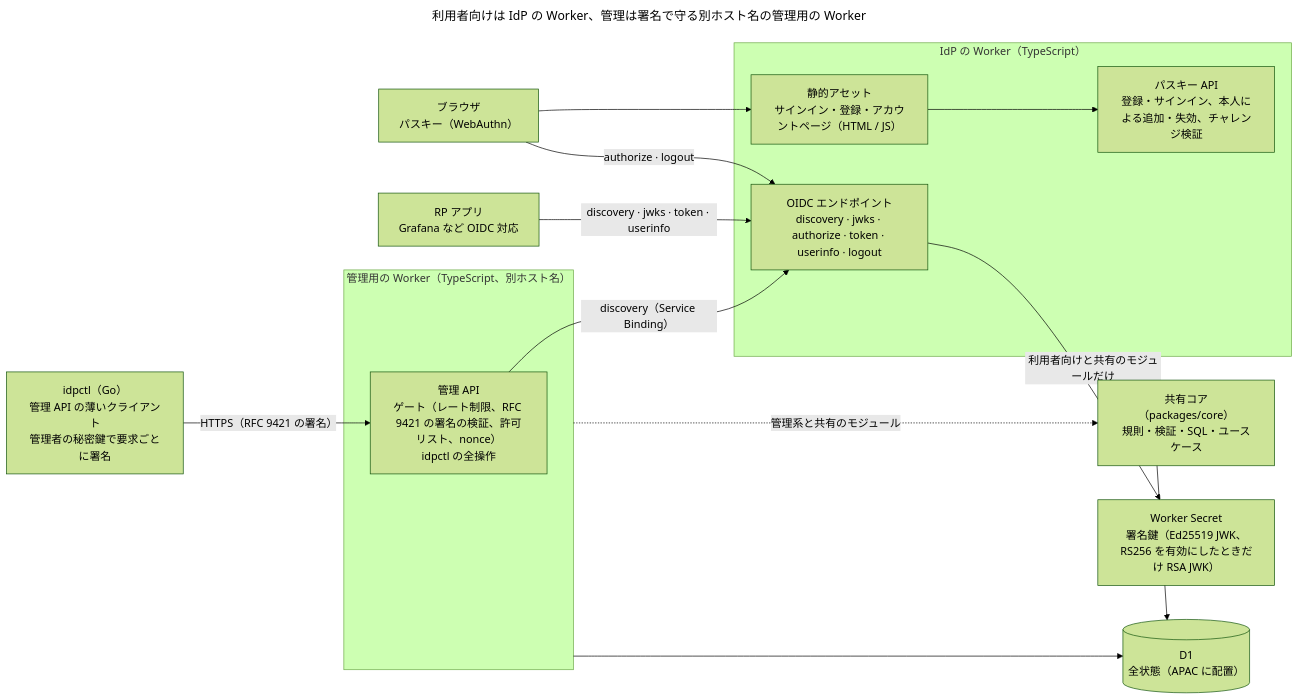
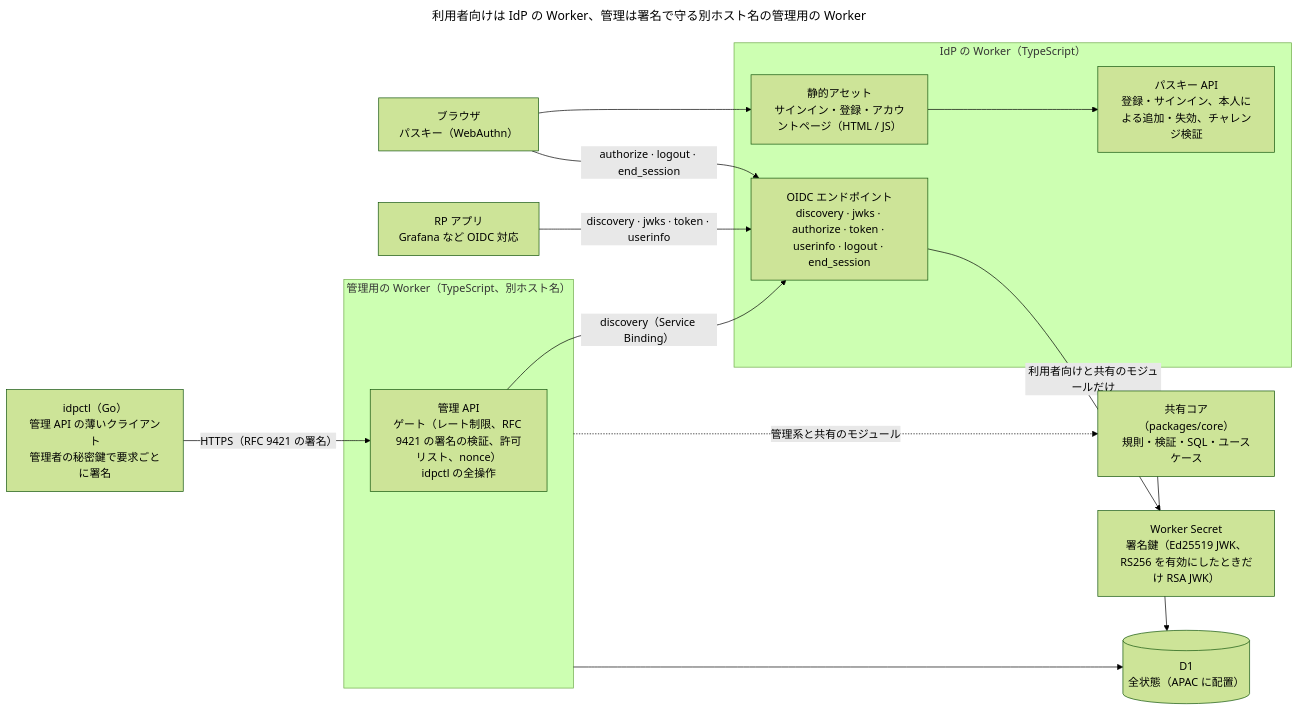
One commit to OJILab-dev/idp changed the diagram in docs/design/README.md. Above: the diagram before and after it, drawn with Mermaid (forest theme). The commit also changed other lines of this file and 49 other files, not shown here.

````diff
--- a/docs/design/README.md
+++ b/docs/design/README.md
@@ -37,36 +37,36 @@
 ```mermaid
 ---
 title: 利用者向けは IdP の Worker、管理は署名で守る別ホスト名の管理用の Worker
 ---
 flowchart LR
   browser["ブラウザ<br/>パスキー（WebAuthn）"]
   rp["RP アプリ<br/>Grafana など OIDC 対応"]
 
   subgraph worker["IdP の Worker（TypeScript）"]
-    oidc["OIDC エンドポイント<br/>discovery · jwks · authorize · token · userinfo · logout"]
+    oidc["OIDC エンドポイント<br/>discovery · jwks · authorize · token · userinfo · logout · end_session"]
     static["静的アセット<br/>サインイン・登録・アカウントページ（HTML / JS）"]
     passkey["パスキー API<br/>登録・サインイン、本人による追加・失効、チャレンジ検証"]
   end
 
   idpctl["idpctl（Go）<br/>管理 API の薄いクライアント<br/>管理者の秘密鍵で要求ごとに署名"]
 
   subgraph admin["管理用の Worker（TypeScript、別ホスト名）"]
     adminapi["管理 API<br/>ゲート（レート制限、RFC 9421 の署名の検証、許可リスト、nonce）<br/>idpctl の全操作"]
   end
 
   core["共有コア（packages/core）<br/>規則・検証・SQL・ユースケース"]
   secret["Worker Secret<br/>署名鍵（Ed25519 JWK、RS256 を有効にしたときだけ RSA JWK）"]
   d1[("D1<br/>全状態（APAC に配置）")]
 
   browser --> static
   static --> passkey
-  browser -->|"authorize · logout"| oidc
+  browser -->|"authorize · logout · end_session"| oidc
   rp -->|"discovery · jwks · token · userinfo"| oidc
   oidc --> secret
   idpctl -->|"HTTPS（RFC 9421 の署名）"| adminapi
   adminapi -->|"discovery（Service Binding）"| oidc
   worker -.->|"利用者向けと共有のモジュールだけ"| core
   admin -.->|"管理系と共有のモジュール"| core
   worker --> d1
   admin --> d1
 ```
````
